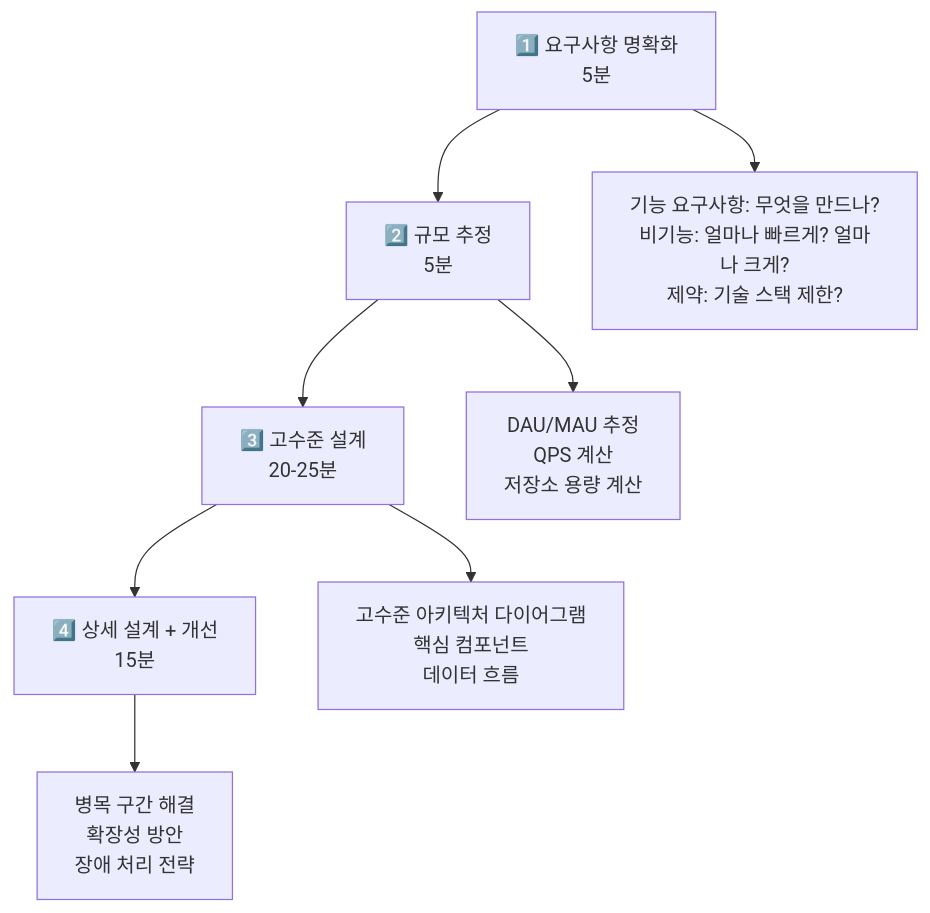
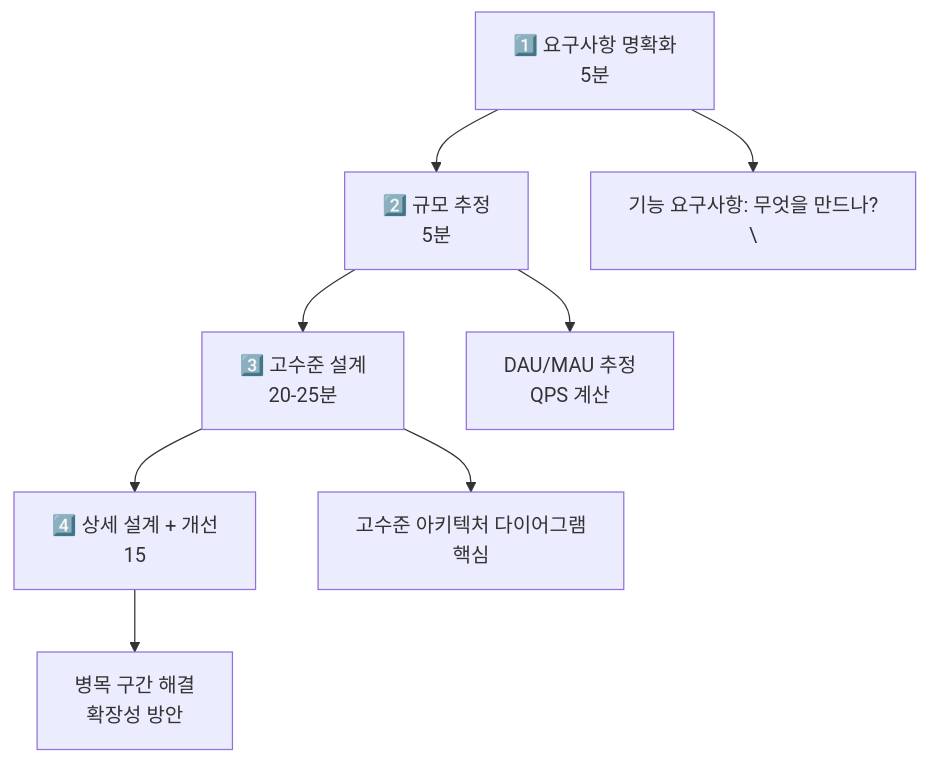
Before and after one commit to yjkim2015/yjkim2015.github.io: diagram 16 of 17 in _posts/systemdesign/2026-05-02-system-design-fundamentals.md, drawn with Mermaid. The commit also changed other lines of this file and 271 other files, not shown here.

First line of the commit message:
Mermaid 라벨 축소: 긴 노드 텍스트 18자 이하로 트림 + \n 제거

````diff
--- a/_posts/systemdesign/2026-05-02-system-design-fundamentals.md
+++ b/_posts/systemdesign/2026-05-02-system-design-fundamentals.md
@@ -539,10 +539,10 @@
 ```mermaid
 graph TD
     Step1["1️⃣ 요구사항 명확화\n5분"] --> Step2["2️⃣ 규모 추정\n5분"]
     Step2 --> Step3["3️⃣ 고수준 설계\n20-25분"]
-    Step3 --> Step4["4️⃣ 상세 설계 + 개선\n15분"]
-    Step1 --> Q1["기능 요구사항: 무엇을 만드나?\n비기능: 얼마나 빠르게? 얼마나 크게?\n제약: 기술 스택 제한?"]
-    Step2 --> Q2["DAU/MAU 추정\nQPS 계산\n저장소 용량 계산"]
-    Step3 --> Q3["고수준 아키텍처 다이어그램\n핵심 컴포넌트\n데이터 흐름"]
-    Step4 --> Q4["병목 구간 해결\n확장성 방안\n장애 처리 전략"]
+    Step3 --> Step4["4️⃣ 상세 설계 + 개선\n15"]
+    Step1 --> Q1["기능 요구사항: 무엇을 만드나?\"]
+    Step2 --> Q2["DAU/MAU 추정\nQPS 계산"]
+    Step3 --> Q3["고수준 아키텍처 다이어그램\n핵심"]
+    Step4 --> Q4["병목 구간 해결\n확장성 방안\n"]
 ```
````
